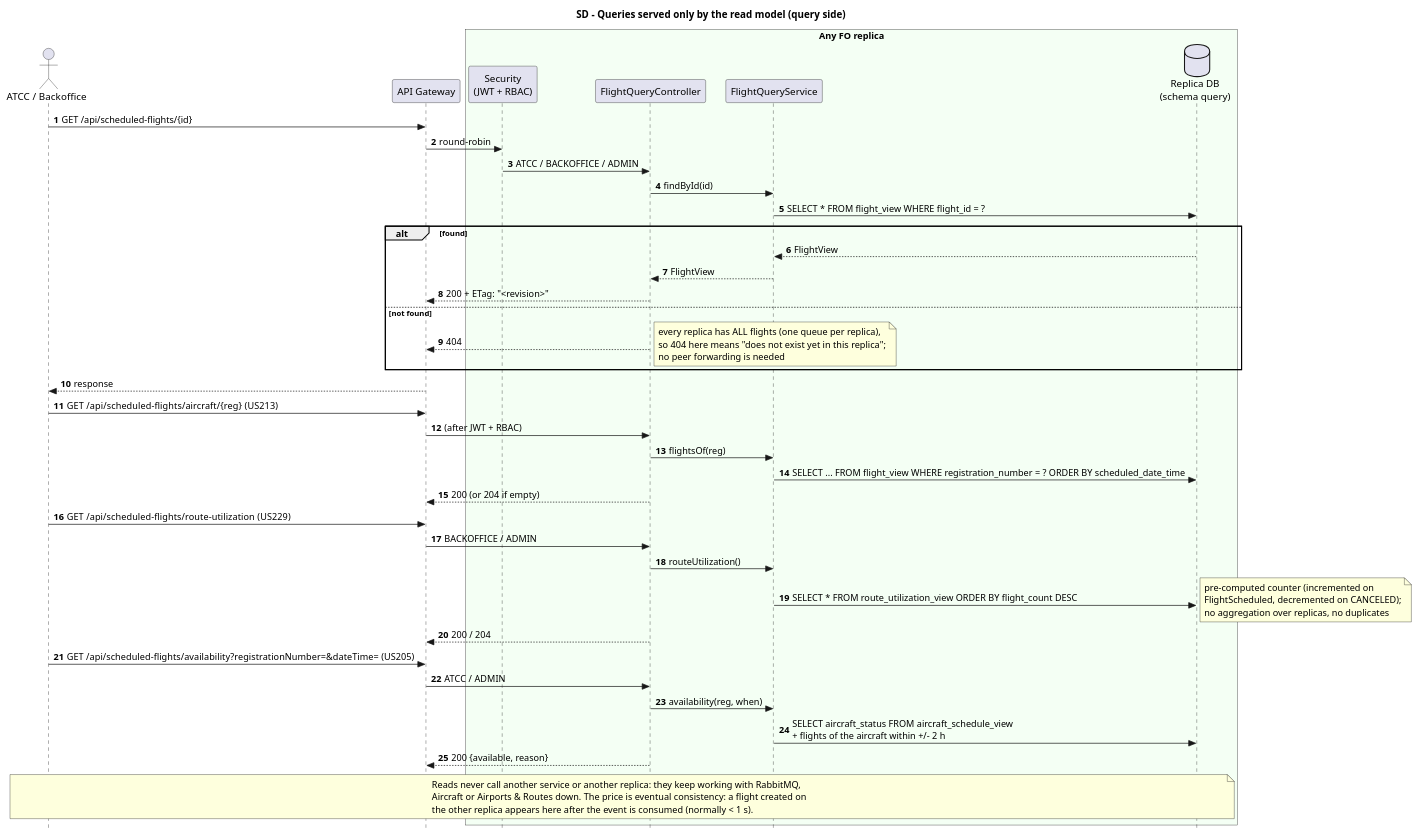
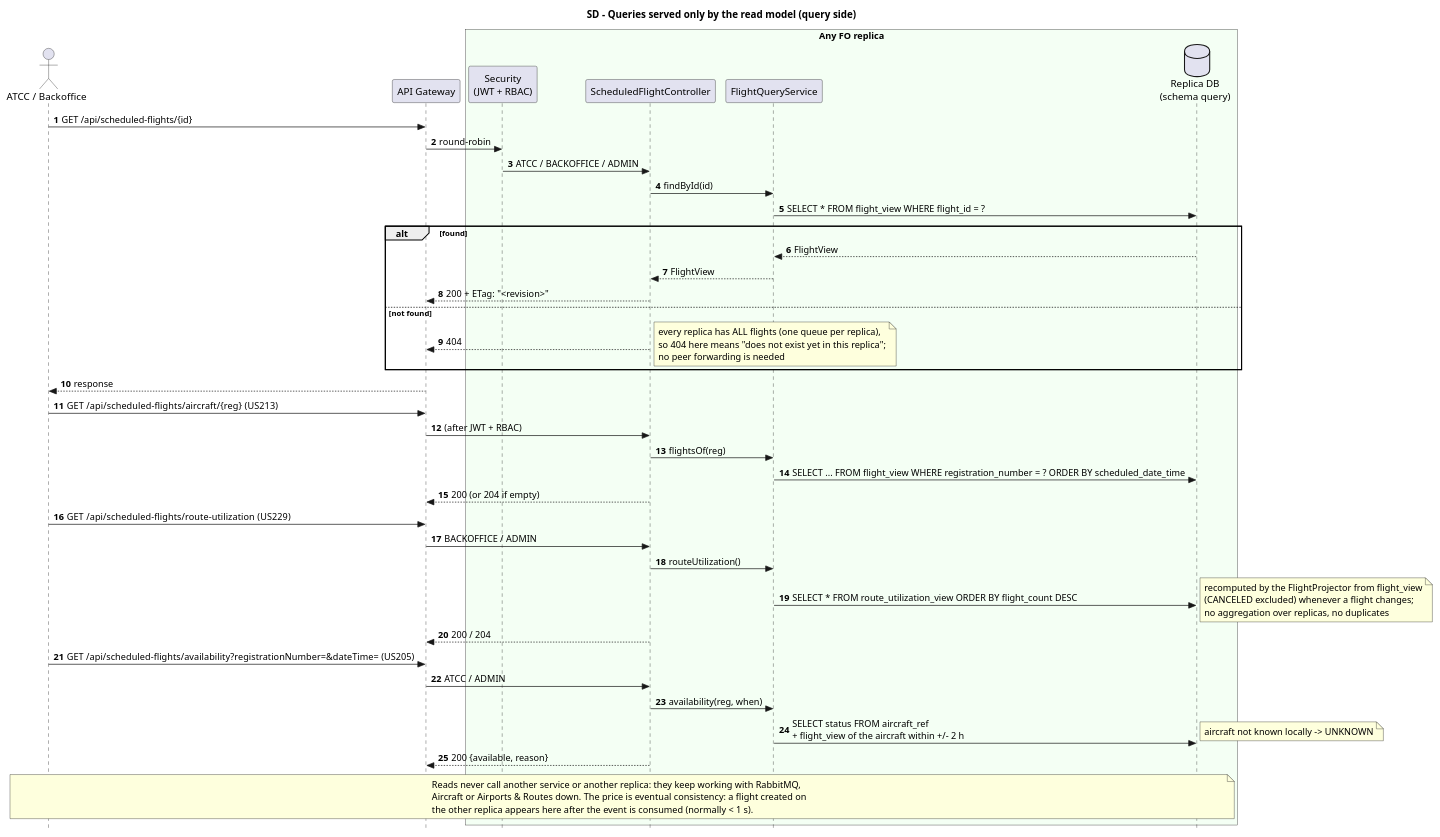
The diagram in Services/Flighting Operations/docs/sd-query-read-model.puml (anamartasilvaa/SIDIG_AI_Safe), drawn with PlantUML before and after one commit. The commit also changed 9 other files, not shown here.

Commit message:
FO: diagramas atualizados com a versão

```diff
--- a/Services/Flighting Operations/docs/sd-query-read-model.puml
+++ b/Services/Flighting Operations/docs/sd-query-read-model.puml
@@ -1,54 +1,55 @@
 @startuml sd-query-read-model
 skinparam style strictuml
 autonumber
 title SD - Queries served only by the read model (query side)
 
 actor "ATCC / Backoffice" as User
 participant "API Gateway" as GW
 box "Any FO replica" #F4FFF4
 participant "Security\n(JWT + RBAC)" as Sec
-participant "FlightQueryController" as Ctrl
+participant "ScheduledFlightController" as Ctrl
 participant "FlightQueryService" as Svc
 database "Replica DB\n(schema query)" as DB
 end box
 
 User -> GW : GET /api/scheduled-flights/{id}
 GW -> Sec : round-robin
 Sec -> Ctrl : ATCC / BACKOFFICE / ADMIN
 Ctrl -> Svc : findById(id)
 Svc -> DB : SELECT * FROM flight_view WHERE flight_id = ?
 alt found
   DB --> Svc : FlightView
   Svc --> Ctrl : FlightView
   Ctrl --> GW : 200 + ETag: "<revision>"
 else not found
   Ctrl --> GW : 404
   note right : every replica has ALL flights (one queue per replica),\nso 404 here means "does not exist yet in this replica";\nno peer forwarding is needed
 end
 GW --> User : response
 
 User -> GW : GET /api/scheduled-flights/aircraft/{reg}   (US213)
 GW -> Ctrl : (after JWT + RBAC)
 Ctrl -> Svc : flightsOf(reg)
 Svc -> DB : SELECT ... FROM flight_view WHERE registration_number = ? ORDER BY scheduled_date_time
 Ctrl --> GW : 200 (or 204 if empty)
 
 User -> GW : GET /api/scheduled-flights/route-utilization   (US229)
 GW -> Ctrl : BACKOFFICE / ADMIN
 Ctrl -> Svc : routeUtilization()
 Svc -> DB : SELECT * FROM route_utilization_view ORDER BY flight_count DESC
-note right : pre-computed counter (incremented on\nFlightScheduled, decremented on CANCELED);\nno aggregation over replicas, no duplicates
+note right : recomputed by the FlightProjector from flight_view\n(CANCELED excluded) whenever a flight changes;\nno aggregation over replicas, no duplicates
 Ctrl --> GW : 200 / 204
 
 User -> GW : GET /api/scheduled-flights/availability?registrationNumber=&dateTime=   (US205)
 GW -> Ctrl : ATCC / ADMIN
 Ctrl -> Svc : availability(reg, when)
-Svc -> DB : SELECT aircraft_status FROM aircraft_schedule_view\n+ flights of the aircraft within +/- 2 h
+Svc -> DB : SELECT status FROM aircraft_ref\n+ flight_view of the aircraft within +/- 2 h
+note right : aircraft not known locally -> UNKNOWN
 Ctrl --> GW : 200 {available, reason}
 
 note over User, DB
   Reads never call another service or another replica: they keep working with RabbitMQ,
   Aircraft or Airports & Routes down. The price is eventual consistency: a flight created on
   the other replica appears here after the event is consumed (normally < 1 s).
 end note
 @enduml
```
